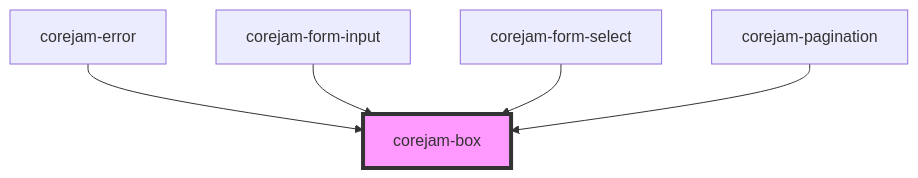
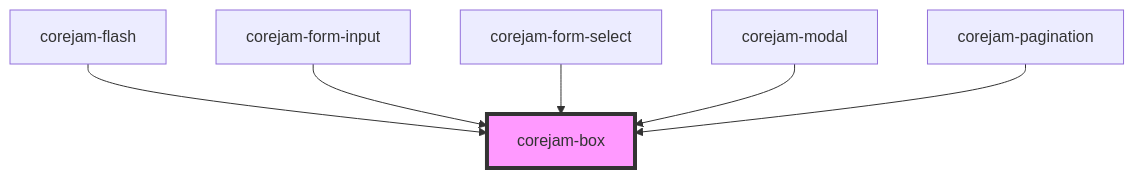
The diagram in packages/core-components/app/components/Box/readme.md (corejam/corejam), drawn with Mermaid before and after one commit. The commit also changed other lines of this file and 43 other files, not shown here.

````diff
--- a/packages/core-components/app/components/Box/readme.md
+++ b/packages/core-components/app/components/Box/readme.md
@@ -220,8 +224,9 @@
 ```mermaid
 graph TD;
-  corejam-error --> corejam-box
+  corejam-flash --> corejam-box
   corejam-form-input --> corejam-box
   corejam-form-select --> corejam-box
+  corejam-modal --> corejam-box
   corejam-pagination --> corejam-box
   style corejam-box fill:#f9f,stroke:#333,stroke-width:4px
 ```
````
